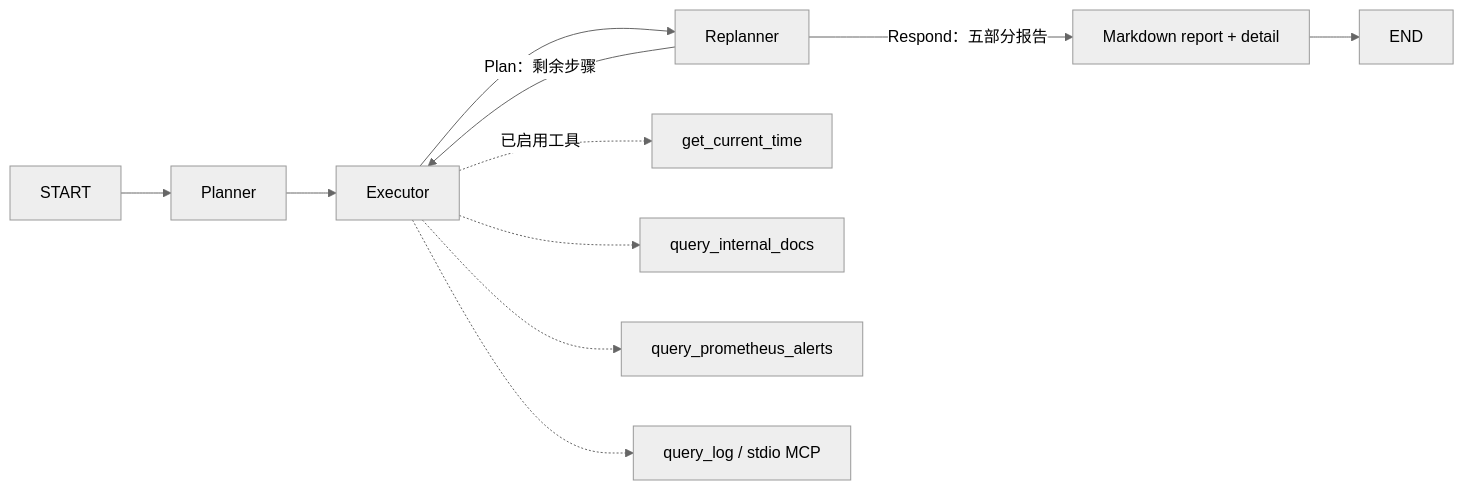
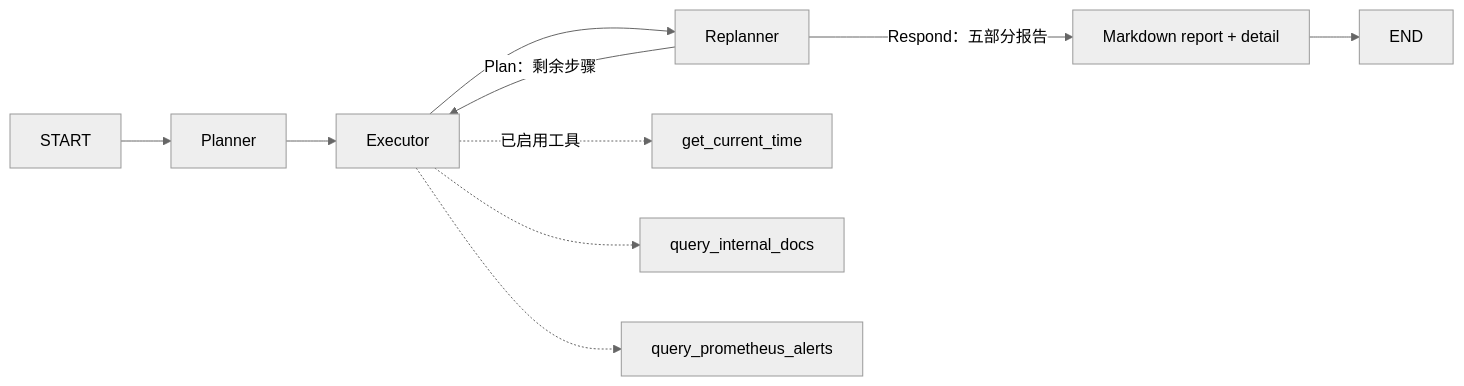
One commit to fredzsxie/OnCallAgent changed the diagram in docs/stage-10.md. Above: the diagram before and after it, drawn with Mermaid (neutral theme). The commit also changed other lines of this file and 38 other files, not shown here.

````diff
--- a/docs/stage-10.md
+++ b/docs/stage-10.md
@@ -15,13 +14,12 @@
 ```mermaid
 flowchart LR
     START --> Planner
     Planner --> Executor
     Executor --> Replanner
     Replanner -->|Plan：剩余步骤| Executor
     Replanner -->|Respond：五部分报告| Report[Markdown report + detail]
     Report --> END
     Executor -. 已启用工具 .-> Time[get_current_time]
     Executor -.-> Docs[query_internal_docs]
     Executor -.-> Alerts[query_prometheus_alerts]
-    Executor -.-> Logs[query_log / stdio MCP]
 ```
````
